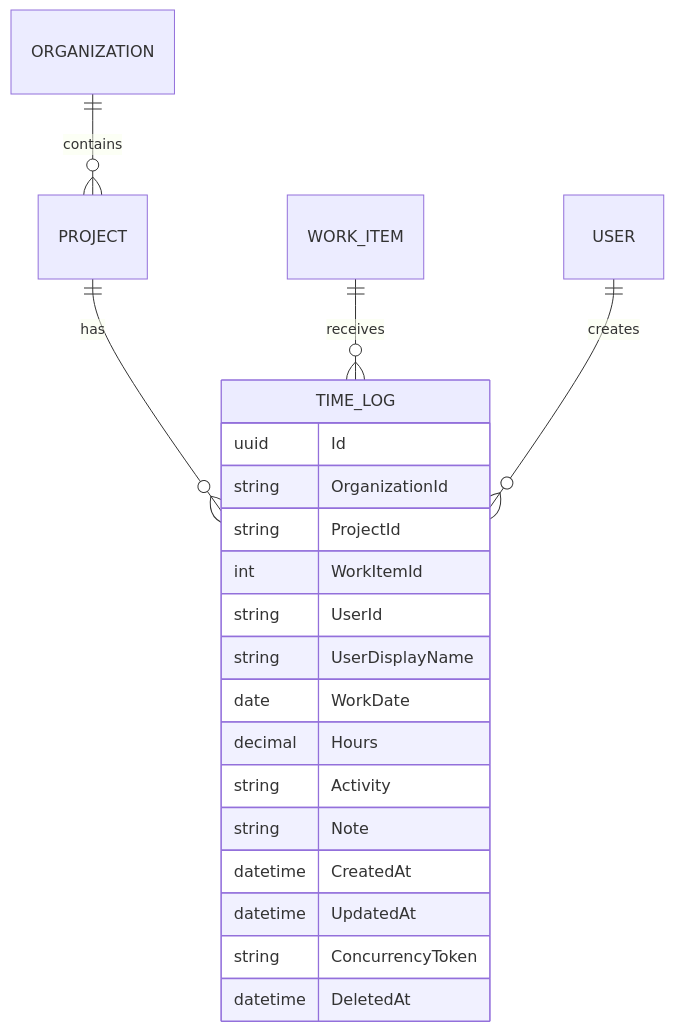
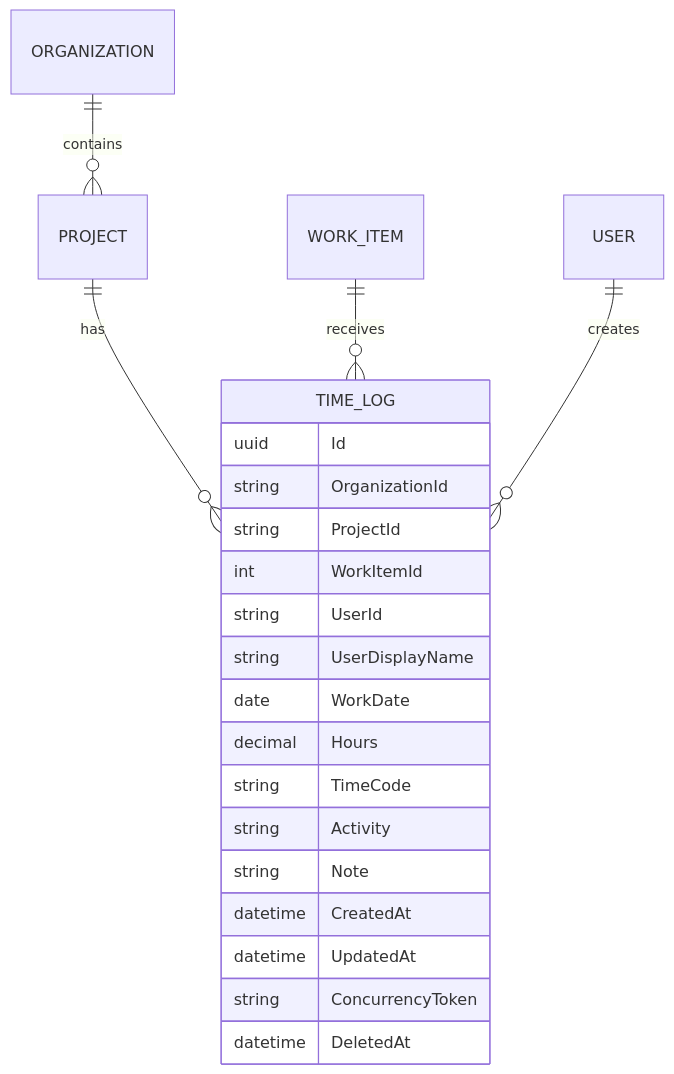
The second of 4 diagrams in docs/ARCHITECTURE.md (Deshanm123/azure-time-logger), drawn with Mermaid before and after one commit. The commit also changed other lines of this file and 28 other files, not shown here.

Commit message:
Add work item time code selection

````diff
--- a/docs/ARCHITECTURE.md
+++ b/docs/ARCHITECTURE.md
@@ -122,24 +122,25 @@
 ```mermaid
 erDiagram
     ORGANIZATION ||--o{ PROJECT : contains
     PROJECT ||--o{ TIME_LOG : has
     WORK_ITEM ||--o{ TIME_LOG : receives
     USER ||--o{ TIME_LOG : creates
 
     TIME_LOG {
         uuid Id
         string OrganizationId
         string ProjectId
         int WorkItemId
         string UserId
         string UserDisplayName
         date WorkDate
         decimal Hours
+        string TimeCode
         string Activity
         string Note
         datetime CreatedAt
         datetime UpdatedAt
         string ConcurrencyToken
         datetime DeletedAt
     }
 ```
````
